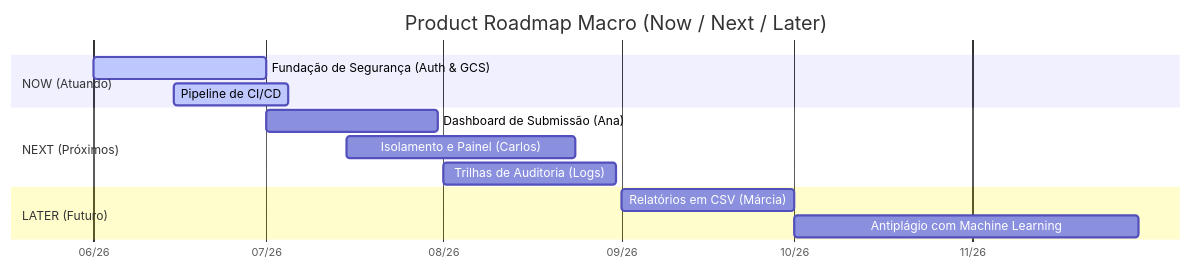
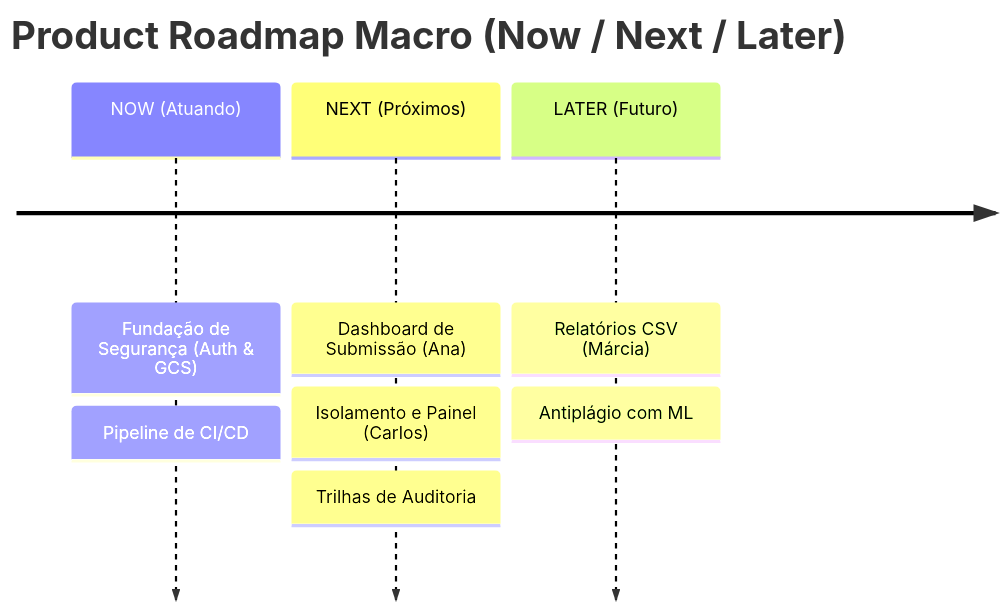
Before and after one commit to pedrohpsantos/EdTech: the diagram in docs/planejamento/roadmap.md, drawn with Mermaid. The commit also changed other lines of this file and 11 other files, not shown here.

Commit message:
refactor: update project documentation with standardized Mermaid diagrams and improved CSS styling

````diff
--- a/docs/planejamento/roadmap.md
+++ b/docs/planejamento/roadmap.md
@@ -6,19 +8,7 @@
 ```mermaid
-gantt
+timeline
     title Product Roadmap Macro (Now / Next / Later)
-    dateFormat  YYYY-MM-DD
-    axisFormat  %m/%y
-    
-    section NOW (Atuando)
-    Fundação de Segurança (Auth & GCS)     :active, a1, 2026-06-01, 30d
-    Pipeline de CI/CD                      :active, a2, 2026-06-15, 20d
-    
-    section NEXT (Próximos)
-    Dashboard de Submissão (Ana)           :a3, 2026-07-01, 30d
-    Isolamento e Painel (Carlos)           :a4, 2026-07-15, 40d
-    Trilhas de Auditoria (Logs)            :a5, 2026-08-01, 30d
-    
-    section LATER (Futuro)
-    Relatórios em CSV (Márcia)             :a6, 2026-09-01, 30d
-    Antiplágio com Machine Learning        :a7, 2026-10-01, 60d
+    NOW (Atuando) : Fundação de Segurança (Auth & GCS) : Pipeline de CI/CD
+    NEXT (Próximos) : Dashboard de Submissão (Ana) : Isolamento e Painel (Carlos) : Trilhas de Auditoria
+    LATER (Futuro) : Relatórios CSV (Márcia) : Antiplágio com ML
 ```
````
